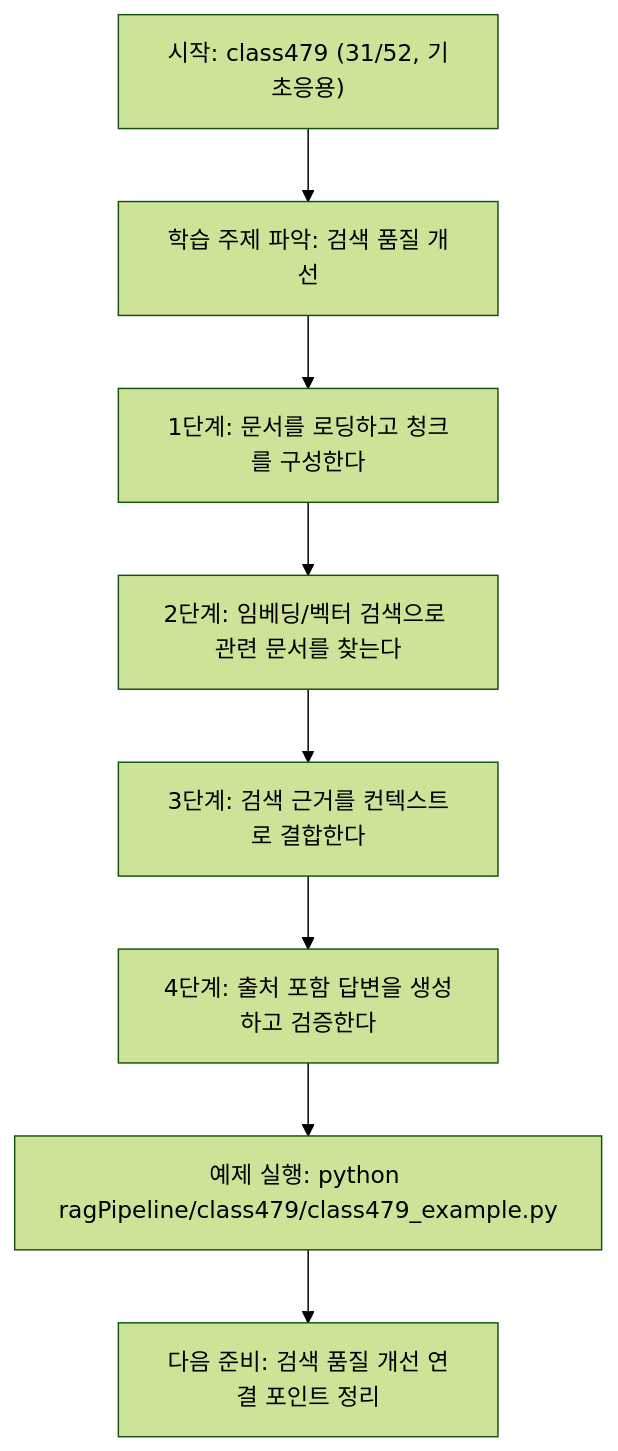
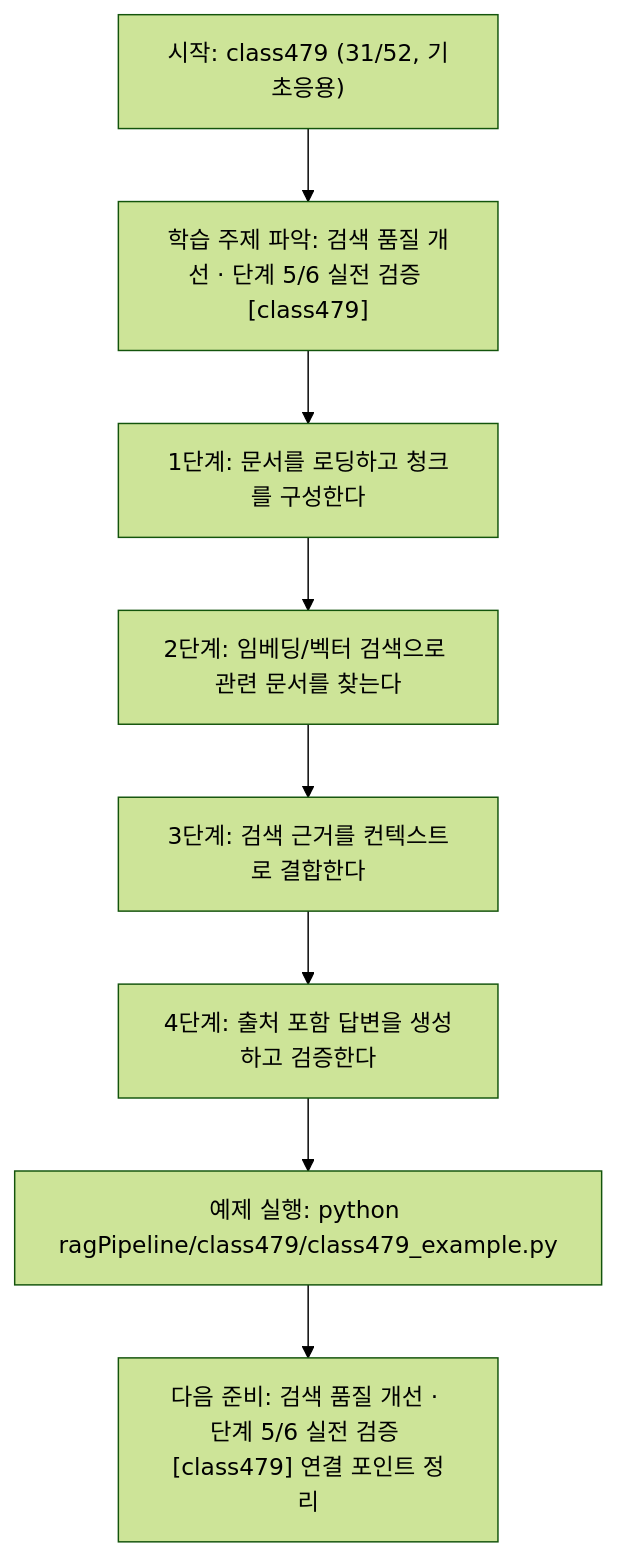
The diagram in ragPipeline/class479/class479.md (edumgt/Python-AI_Agent-Class), drawn with Mermaid (forest theme) before and after one commit. The commit also changed other lines of this file and 522 other files, not shown here.

````diff
--- a/ragPipeline/class479/class479.md
+++ b/ragPipeline/class479/class479.md
@@ -110,18 +111,18 @@
 ```mermaid
 flowchart TD
 N1["시작: class479 (31/52, 기초응용)"]
-N2["학습 주제 파악: 검색 품질 개선"]
+N2["학습 주제 파악: 검색 품질 개선 · 단계 5/6 실전 검증 [class479]"]
 N3["1단계: 문서를 로딩하고 청크를 구성한다"]
 N4["2단계: 임베딩/벡터 검색으로 관련 문서를 찾는다"]
 N5["3단계: 검색 근거를 컨텍스트로 결합한다"]
 N6["4단계: 출처 포함 답변을 생성하고 검증한다"]
 N7["예제 실행: python ragPipeline/class479/class479_example.py"]
-N8["다음 준비: 검색 품질 개선 연결 포인트 정리"]
+N8["다음 준비: 검색 품질 개선 · 단계 5/6 실전 검증 [class479] 연결 포인트 정리"]
 N1 --> N2
 N2 --> N3
 N3 --> N4
 N4 --> N5
 N5 --> N6
 N6 --> N7
 N7 --> N8
 ```
````
